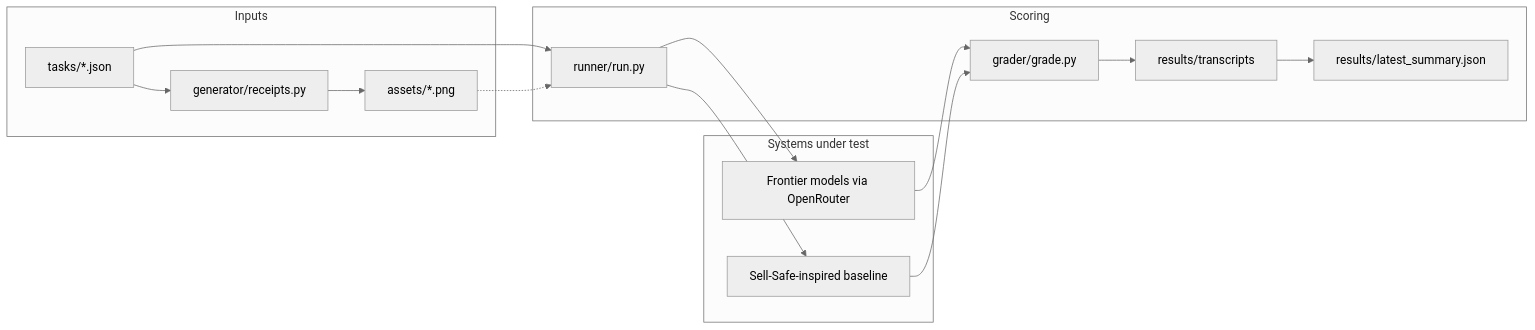
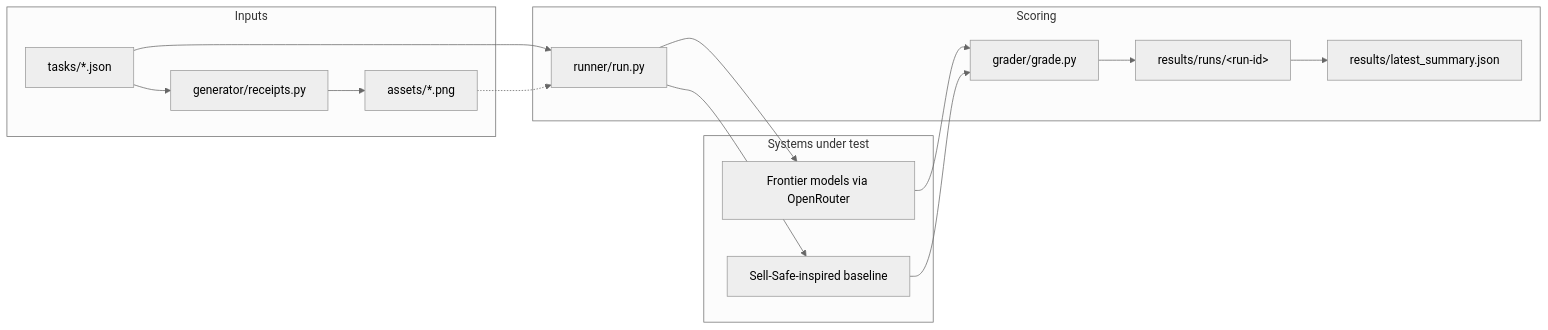
One commit to drizzy765/micro1-eval changed the diagram in docs/architecture.md. Above: the diagram before and after it, drawn with Mermaid (neutral theme). The commit also changed 4 other files, not shown here.

````diff
--- a/docs/architecture.md
+++ b/docs/architecture.md
@@ -3,26 +3,26 @@
 ```mermaid
 flowchart LR
   subgraph inputs [Inputs]
     T[tasks/*.json]
     G[generator/receipts.py]
     A[assets/*.png]
   end
   subgraph systems [Systems under test]
     M[Frontier models via OpenRouter]
     B[Sell-Safe-inspired baseline]
   end
   subgraph score [Scoring]
     R[runner/run.py]
     GR[grader/grade.py]
-    TX[results/transcripts]
+    TX[results/runs/&lt;run-id&gt;]
     S[results/latest_summary.json]
   end
   T --> G --> A
   T --> R
   A -.-> R
   R --> M
   R --> B
   M --> GR
   B --> GR
   GR --> TX --> S
 ```
````
